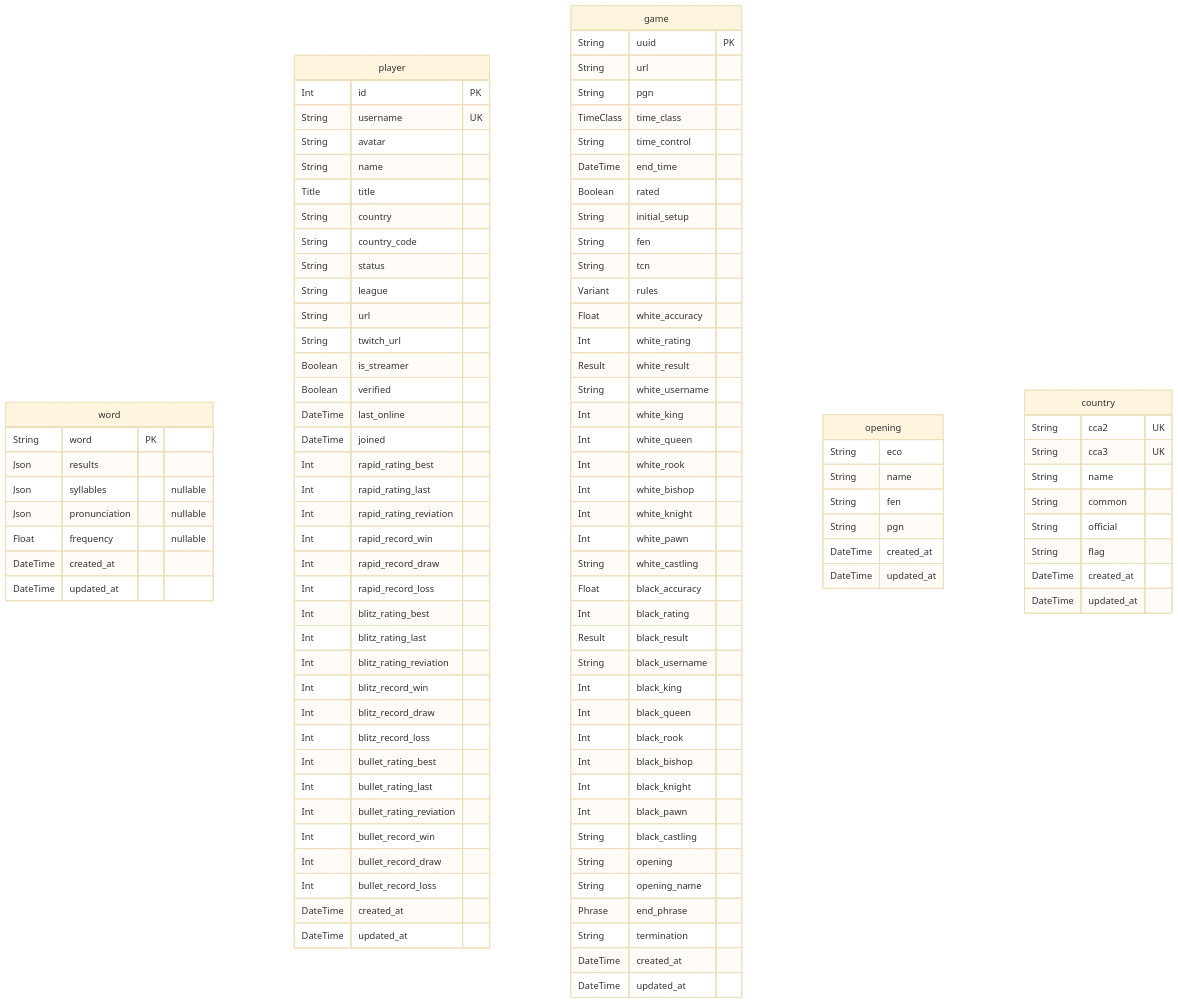
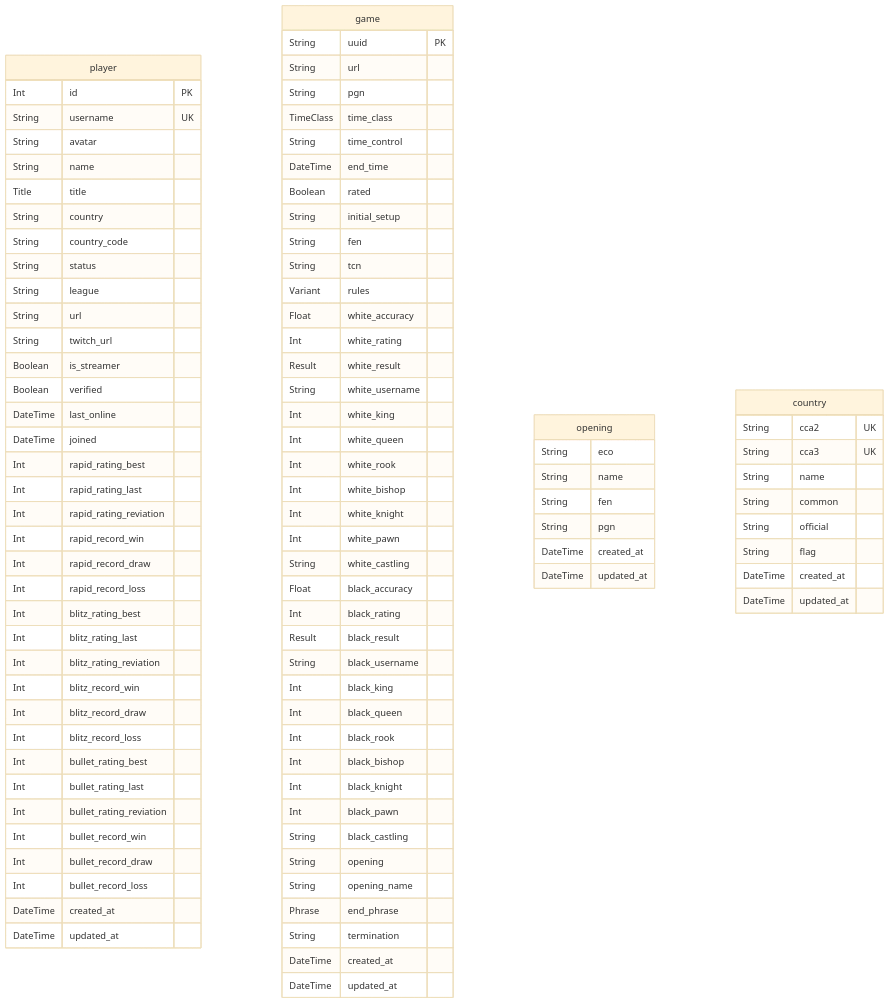
Before and after one commit to hieudoanm/hieudoanm.archived: the diagram in prisma/README.md, drawn with Mermaid (base theme). The commit also changed other lines of this file and 15 other files, not shown here.

````diff
--- a/prisma/README.md
+++ b/prisma/README.md
@@ -9,14 +9,5 @@
 ```mermaid
 erDiagram
-"word" {
-  String word PK
-  Json results
-  Json syllables "nullable"
-  Json pronunciation "nullable"
-  Float frequency "nullable"
-  DateTime created_at
-  DateTime updated_at
-}
 "player" {
   Int id PK
   String username UK
````
